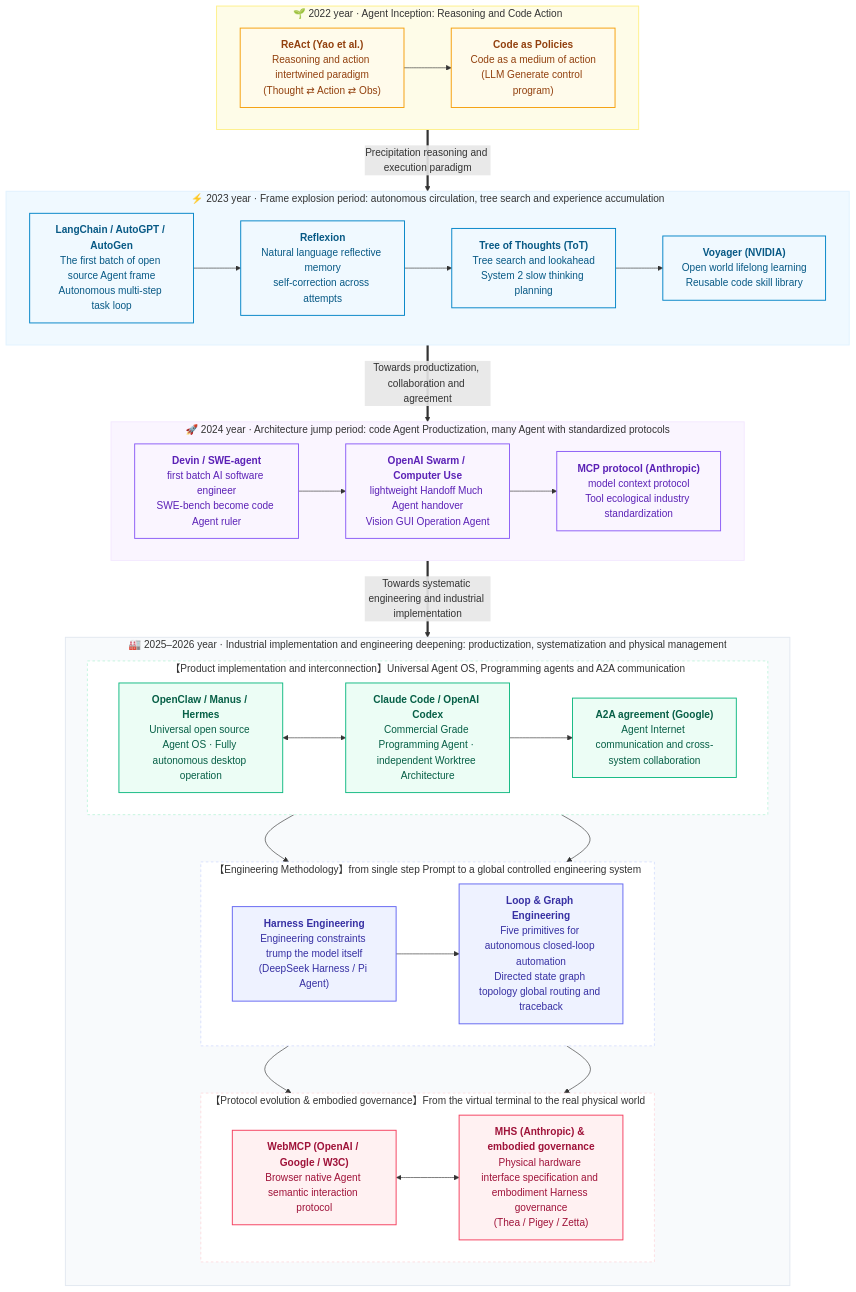
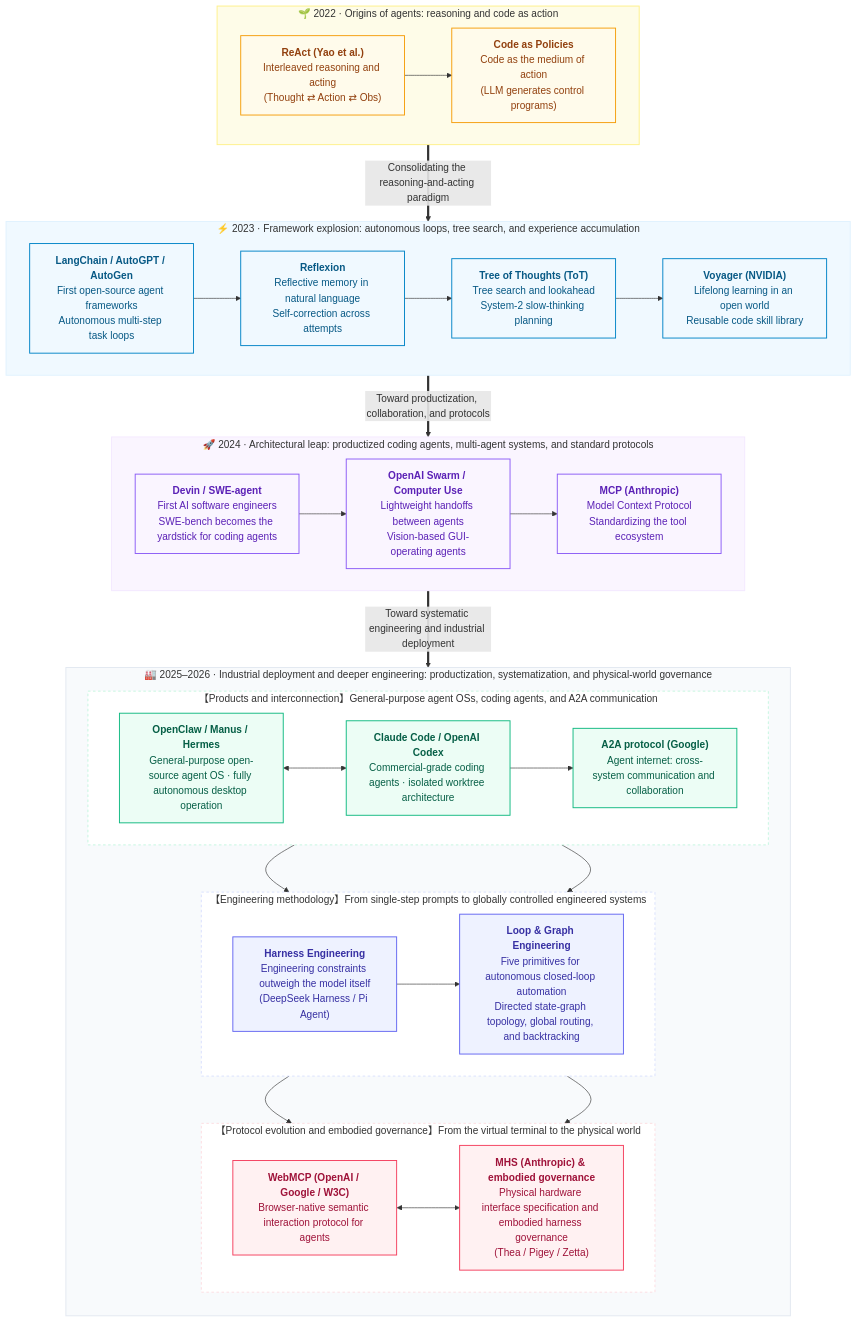
The fourth of 50 diagrams in _translations/en/research/AI-Agent-Survey.md (TingdeLiu/tingdeliu.github.io), drawn with Mermaid before and after one commit. The commit also changed other lines of this file and 51 other files, not shown here.

```diff
--- a/_translations/en/research/AI-Agent-Survey.md
+++ b/_translations/en/research/AI-Agent-Survey.md
@@ -182,55 +182,55 @@
 %%{init: {'theme': 'base', 'themeVariables': { 'fontSize': '14px', 'fontFamily': '-apple-system, BlinkMacSystemFont, "Segoe UI", Roboto, Helvetica, Arial, sans-serif'}}}%%
 flowchart TD
     %% ================= Stage one:2022 budding stage =================
-    subgraph G2022 ["🌱 2022 year · Agent Inception: Reasoning and Code Action"]
+    subgraph G2022 ["🌱 2022 · Origins of agents: reasoning and code as action"]
         direction LR
-        A1["<b>ReAct (Yao et al.)</b><br/>Reasoning and action intertwined paradigm<br/>(Thought ⇄ Action ⇄ Obs)"]
-        A2["<b>Code as Policies</b><br/>Code as a medium of action<br/>(LLM Generate control program)"]
+        A1["<b>ReAct (Yao et al.)</b><br/>Interleaved reasoning and acting<br/>(Thought ⇄ Action ⇄ Obs)"]
+        A2["<b>Code as Policies</b><br/>Code as the medium of action<br/>(LLM generates control programs)"]
         A1 --> A2
     end
 
     %% ================= Stage two:2023 framework burst period =================
-    subgraph G2023 ["⚡ 2023 year · Frame explosion period: autonomous circulation, tree search and experience accumulation"]
+    subgraph G2023 ["⚡ 2023 · Framework explosion: autonomous loops, tree search, and experience accumulation"]
         direction LR
-        B1["<b>LangChain / AutoGPT / AutoGen</b><br/>The first batch of open source Agent frame<br/>Autonomous multi-step task loop"]
-        B2["<b>Reflexion</b><br/>Natural language reflective memory<br/>self-correction across attempts"]
-        B3["<b>Tree of Thoughts (ToT)</b><br/>Tree search and lookahead<br/>System 2 slow thinking planning"]
-        B4["<b>Voyager (NVIDIA)</b><br/>Open world lifelong learning<br/>Reusable code skill library"]
+        B1["<b>LangChain / AutoGPT / AutoGen</b><br/>First open-source agent frameworks<br/>Autonomous multi-step task loops"]
+        B2["<b>Reflexion</b><br/>Reflective memory in natural language<br/>Self-correction across attempts"]
+        B3["<b>Tree of Thoughts (ToT)</b><br/>Tree search and lookahead<br/>System-2 slow-thinking planning"]
+        B4["<b>Voyager (NVIDIA)</b><br/>Lifelong learning in an open world<br/>Reusable code skill library"]
         B1 --> B2 --> B3 --> B4
     end
 
     %% ================= Stage three:2024 Architecture jump period =================
-    subgraph G2024 ["🚀 2024 year · Architecture jump period: code Agent Productization, many Agent with standardized protocols"]
+    subgraph G2024 ["🚀 2024 · Architectural leap: productized coding agents, multi-agent systems, and standard protocols"]
         direction LR
-        C1["<b>Devin / SWE-agent</b><br/>first batch AI software engineer<br/>SWE-bench become code Agent ruler"]
-        C2["<b>OpenAI Swarm / Computer Use</b><br/>lightweight Handoff Much Agent handover<br/>Vision GUI Operation Agent"]
-        C3["<b>MCP protocol (Anthropic)</b><br/>model context protocol<br/>Tool ecological industry standardization"]
+        C1["<b>Devin / SWE-agent</b><br/>First AI software engineers<br/>SWE-bench becomes the yardstick for coding agents"]
+        C2["<b>OpenAI Swarm / Computer Use</b><br/>Lightweight handoffs between agents<br/>Vision-based GUI-operating agents"]
+        C3["<b>MCP (Anthropic)</b><br/>Model Context Protocol<br/>Standardizing the tool ecosystem"]
         C1 --> C2 --> C3
     end
     %% ================= Stage four:2025-2026 Industrial implementation and engineering deepening =================
-    subgraph G2025 ["🏭 2025–2026 year · Industrial implementation and engineering deepening: productization, systematization and physical management"]
+    subgraph G2025 ["🏭 2025–2026 · Industrial deployment and deeper engineering: productization, systematization, and physical-world governance"]
         direction TB
 
-        subgraph G2025_App ["【Product implementation and interconnection】Universal Agent OS, Programming agents and A2A communication"]
+        subgraph G2025_App ["【Products and interconnection】General-purpose agent OSs, coding agents, and A2A communication"]
             direction LR
-            D1["<b>OpenClaw / Manus / Hermes</b><br/>Universal open source Agent OS · Fully autonomous desktop operation"]
-            D2["<b>Claude Code / OpenAI Codex</b><br/>Commercial Grade Programming Agent · independent Worktree Architecture"]
-            D2_proto["<b>A2A agreement (Google)</b><br/>Agent Internet communication and cross-system collaboration"]
+            D1["<b>OpenClaw / Manus / Hermes</b><br/>General-purpose open-source agent OS · fully autonomous desktop operation"]
+            D2["<b>Claude Code / OpenAI Codex</b><br/>Commercial-grade coding agents · isolated worktree architecture"]
+            D2_proto["<b>A2A protocol (Google)</b><br/>Agent internet: cross-system communication and collaboration"]
             D1 <--> D2
             D2 --> D2_proto
         end
 
-        subgraph G2025_Eng ["【Engineering Methodology】from single step Prompt to a global controlled engineering system"]
+        subgraph G2025_Eng ["【Engineering methodology】From single-step prompts to globally controlled engineered systems"]
             direction LR
-            D3["<b>Harness Engineering</b><br/>Engineering constraints trump the model itself<br/>(DeepSeek Harness / Pi Agent)"]
-            D4["<b>Loop & Graph Engineering</b><br/>Five primitives for autonomous closed-loop automation<br/>Directed state graph topology global routing and traceback"]
+            D3["<b>Harness Engineering</b><br/>Engineering constraints outweigh the model itself<br/>(DeepSeek Harness / Pi Agent)"]
+            D4["<b>Loop & Graph Engineering</b><br/>Five primitives for autonomous closed-loop automation<br/>Directed state-graph topology, global routing, and backtracking"]
             D3 --> D4
         end
 
-        subgraph G2025_Emb ["【Protocol evolution & embodied governance】From the virtual terminal to the real physical world"]
+        subgraph G2025_Emb ["【Protocol evolution and embodied governance】From the virtual terminal to the physical world"]
             direction LR
-            D5["<b>WebMCP (OpenAI / Google / W3C)</b><br/>Browser native Agent semantic interaction protocol"]
-            D6["<b>MHS (Anthropic) & embodied governance</b><br/>Physical hardware interface specification and embodiment Harness governance<br/>(Thea / Pigey / Zetta)"]
+            D5["<b>WebMCP (OpenAI / Google / W3C)</b><br/>Browser-native semantic interaction protocol for agents"]
+            D6["<b>MHS (Anthropic) & embodied governance</b><br/>Physical hardware interface specification and embodied harness governance<br/>(Thea / Pigey / Zetta)"]
             D5 <--> D6
         end
 
@@ -241,9 +241,9 @@
     end
 
     %% Stage trunk flow
-    A2 ==>|Precipitation reasoning and execution paradigm| B1
-    B4 ==>|Towards productization, collaboration and agreement| C1
-    C3 ==>|Towards systematic engineering and industrial implementation| G2025_App
+    A2 ==>|Consolidating the reasoning-and-acting paradigm| B1
+    B4 ==>|Toward productization, collaboration, and protocols| C1
+    C3 ==>|Toward systematic engineering and industrial deployment| G2025_App
 
     %% Node style definition
     classDef cls2022 fill:#fffbeb,stroke:#f59e0b,stroke-width:1.5px,color:#92400e;
```
